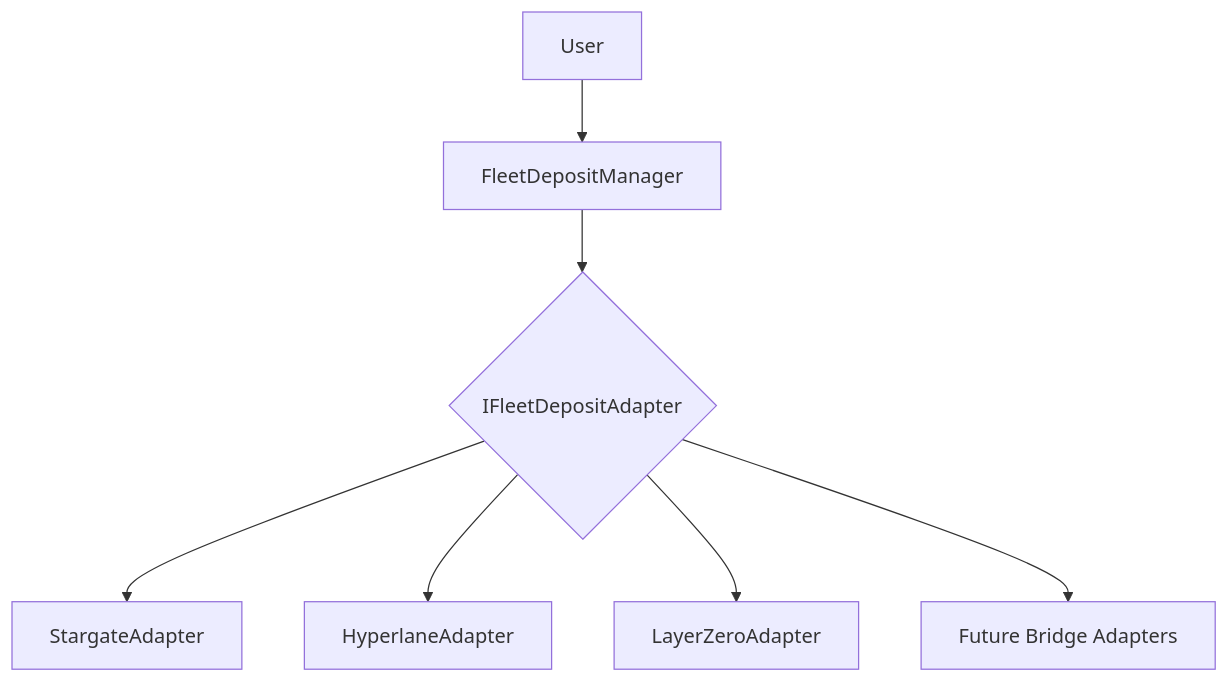
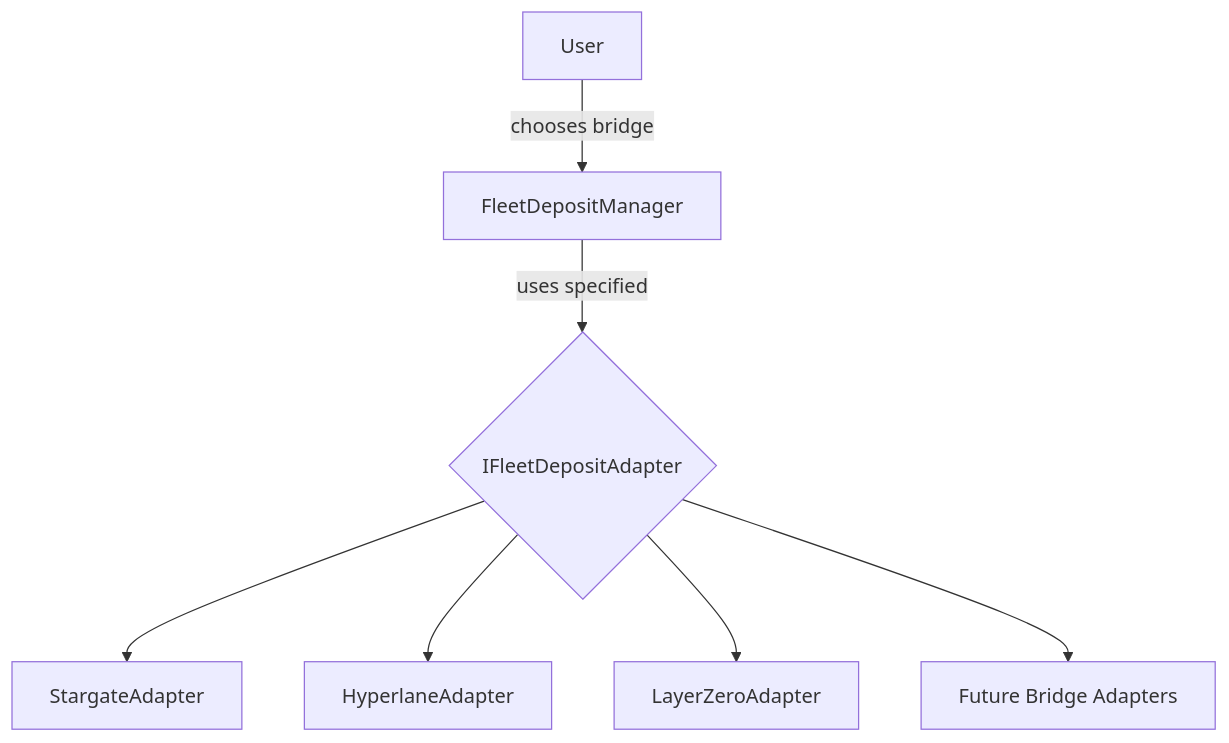
The first of 2 diagrams in packages/chain-bridge/CROSS_CHAIN_FLEET_DEPOSITS.md (OasisDEX/summer-earn-protocol), drawn with Mermaid before and after one commit. The commit also changed other lines of this file, not shown here.

First line of the commit message:
refactor: enhance cross-chain fleet deposit functionality

````diff
--- a/packages/chain-bridge/CROSS_CHAIN_FLEET_DEPOSITS.md
+++ b/packages/chain-bridge/CROSS_CHAIN_FLEET_DEPOSITS.md
@@ -23,9 +23,9 @@
 ```mermaid
 graph TB
-    User[User] --> FleetDepositManager[FleetDepositManager]
-    FleetDepositManager --> IFleetDepositAdapter{IFleetDepositAdapter}
+    User[User] --> |chooses bridge| FleetDepositManager[FleetDepositManager]
+    FleetDepositManager --> |uses specified| IFleetDepositAdapter{IFleetDepositAdapter}
     IFleetDepositAdapter --> StargateAdapter[StargateAdapter]
     IFleetDepositAdapter --> HyperlaneAdapter[HyperlaneAdapter]
     IFleetDepositAdapter --> LayerZeroAdapter[LayerZeroAdapter]
     IFleetDepositAdapter --> FutureAdapter[Future Bridge Adapters]
 ```
````
